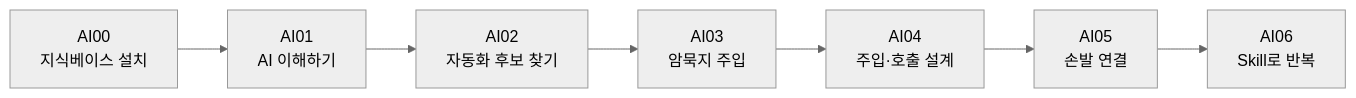
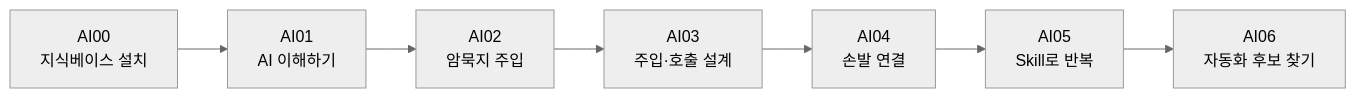
The diagram in 04_AI_스텝/_index.md (sunwon12/vibe-coding-curriculum), drawn with Mermaid (neutral theme) before and after one commit. The commit also changed other lines of this file and 21 other files, not shown here.

````diff
--- a/04_AI_스텝/_index.md
+++ b/04_AI_스텝/_index.md
@@ -19,9 +19,9 @@
 ```mermaid
 flowchart LR
   A["AI00<br/>지식베이스 설치"] --> U["AI01<br/>AI 이해하기"]
-  U --> B["AI02<br/>자동화 후보 찾기"]
-  B --> C["AI03<br/>암묵지 주입"]
-  C --> D["AI04<br/>주입·호출 설계"]
-  D --> E["AI05<br/>손발 연결"]
-  E --> F["AI06<br/>Skill로 반복"]
+  U --> C["AI02<br/>암묵지 주입"]
+  C --> D["AI03<br/>주입·호출 설계"]
+  D --> E["AI04<br/>손발 연결"]
+  E --> F["AI05<br/>Skill로 반복"]
+  F --> B["AI06<br/>자동화 후보 찾기"]
 ```
````
